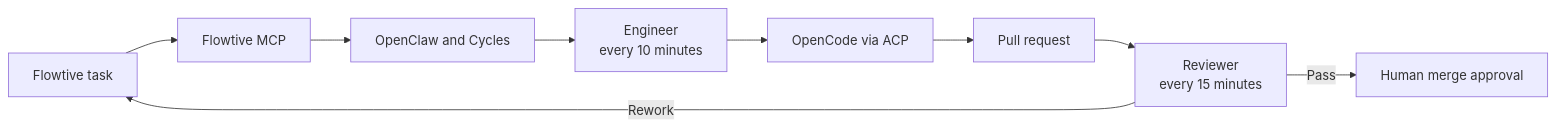
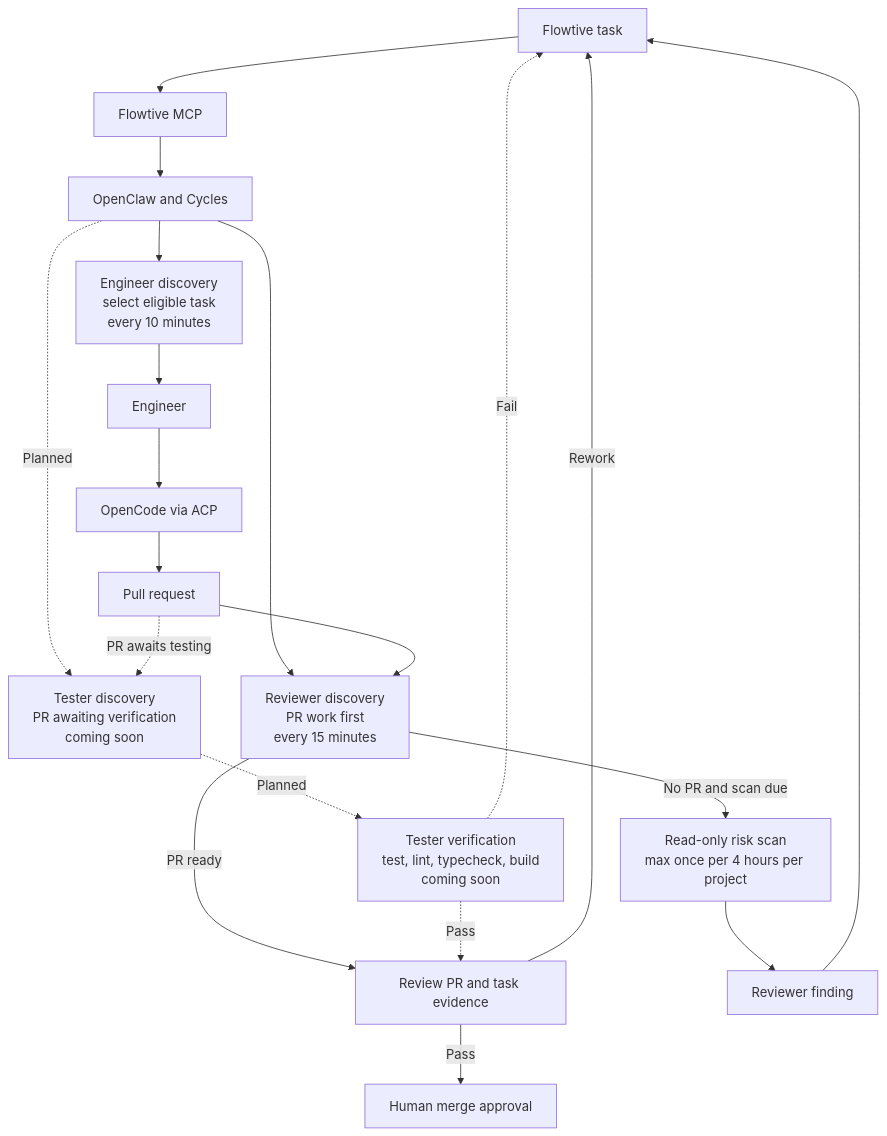
One commit to programmerlapar/programmerlapar changed the diagram in README.md. Above: the diagram before and after it, drawn with Mermaid. The commit also changed other lines of this file, not shown here.

Commit message:
Show Cycles discovery paths

````diff
--- a/README.md
+++ b/README.md
@@ -17,11 +17,24 @@
 ```mermaid
-flowchart LR
+flowchart TB
     F[Flowtive task] --> M[Flowtive MCP]
-    M --> C[OpenClaw and Cycles]
-    C --> E[Engineer\nevery 10 minutes]
+    M --> O[OpenClaw and Cycles]
+    O --> ED[Engineer discovery\nselect eligible task\nevery 10 minutes]
+    ED --> E[Engineer]
     E --> A[OpenCode via ACP]
     A --> P[Pull request]
-    P --> R[Reviewer\nevery 15 minutes]
+
+    O --> RD[Reviewer discovery\nPR work first\nevery 15 minutes]
+    P --> RD
+    RD -->|PR ready| R[Review PR and task evidence]
     R -->|Pass| H[Human merge approval]
     R -->|Rework| F
+    RD -->|No PR and scan due| I[Read-only risk scan\nmax once per 4 hours per project]
+    I --> RF[Reviewer finding]
+    RF --> F
+
+    O -. Planned .-> TD[Tester discovery\nPR awaiting verification\ncoming soon]
+    P -. PR awaits testing .-> TD
+    TD -. Planned .-> T[Tester verification\ntest, lint, typecheck, build\ncoming soon]
+    T -. Pass .-> R
+    T -. Fail .-> F
 ```
````
